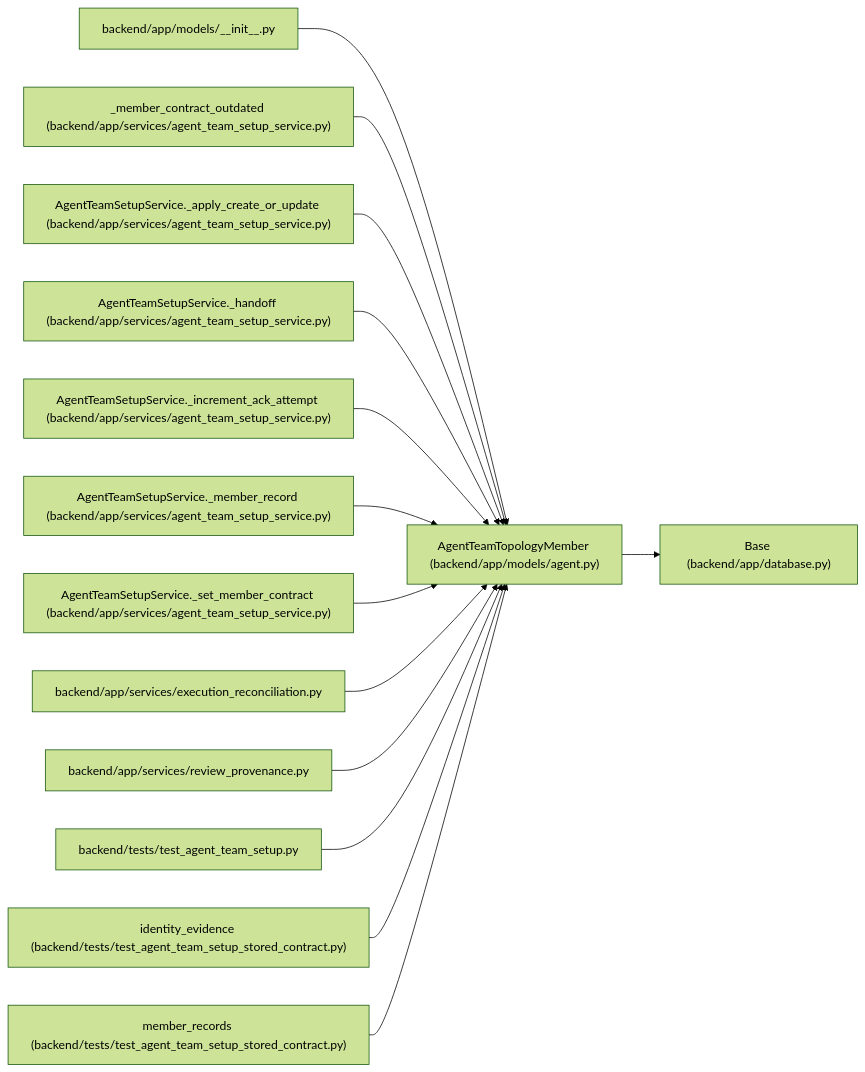
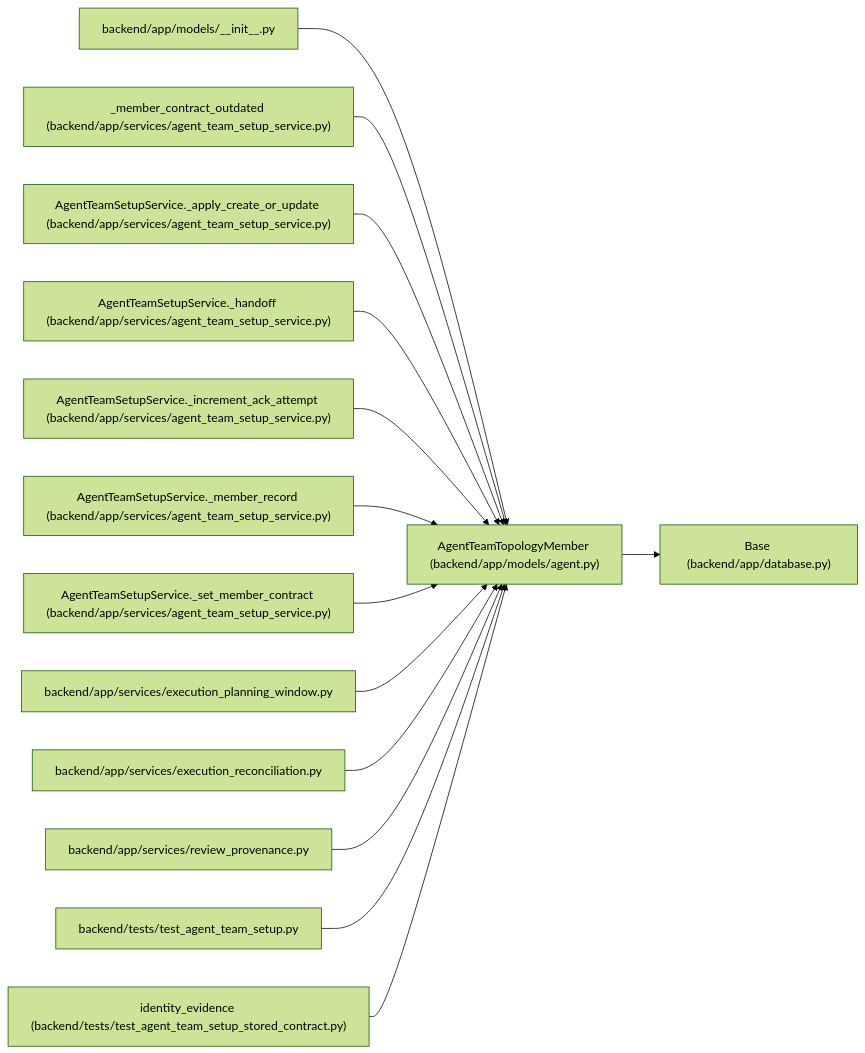
One commit to Denissvgn/WorkChord changed the diagram in docs/llm_wiki/entities/AgentTeamTopologyMember.md. Above: the diagram before and after it, drawn with Mermaid (forest theme). The commit also changed other lines of this file and 868 other files, not shown here.

Commit message:
Document authenticated planning-window recovery and retained worker evidence

````diff
--- a/docs/llm_wiki/entities/AgentTeamTopologyMember.md
+++ b/docs/llm_wiki/entities/AgentTeamTopologyMember.md
@@ -56,44 +56,44 @@
 ```mermaid
 flowchart LR
     n0["AgentTeamTopologyMember (backend/app/models/agent.py)"]
     n1["Base (backend/app/database.py)"]
     n2["backend/app/models/__init__.py"]
     n3["_member_contract_outdated (backend/app/services/agent_team_setup_service.py)"]
     n4["AgentTeamSetupService._apply_create_or_update (backend/app/services/agent_team_setup_service.py)"]
     n5["AgentTeamSetupService._handoff (backend/app/services/agent_team_setup_service.py)"]
     n6["AgentTeamSetupService._increment_ack_attempt (backend/app/services/agent_team_setup_service.py)"]
     n7["AgentTeamSetupService._member_record (backend/app/services/agent_team_setup_service.py)"]
     n8["AgentTeamSetupService._set_member_contract (backend/app/services/agent_team_setup_service.py)"]
-    n9["backend/app/services/execution_reconciliation.py"]
-    n10["backend/app/services/review_provenance.py"]
-    n11["backend/tests/test_agent_team_setup.py"]
-    n12["identity_evidence (backend/tests/test_agent_team_setup_stored_contract.py)"]
-    n13["member_records (backend/tests/test_agent_team_setup_stored_contract.py)"]
+    n9["backend/app/services/execution_planning_window.py"]
+    n10["backend/app/services/execution_reconciliation.py"]
+    n11["backend/app/services/review_provenance.py"]
+    n12["backend/tests/test_agent_team_setup.py"]
+    n13["identity_evidence (backend/tests/test_agent_team_setup_stored_contract.py)"]
     n0 --> n1
     n2 --> n0
     n3 --> n0
     n4 --> n0
     n5 --> n0
     n6 --> n0
     n7 --> n0
     n8 --> n0
     n9 --> n0
     n10 --> n0
     n11 --> n0
     n12 --> n0
     n13 --> n0
     click n0 "../modules/models_agent.md"
     click n1 "../modules/app_database.md"
     click n2 "../modules/models___init__.md"
     click n3 "../modules/agent_team_setup_service.md"
     click n4 "../modules/agent_team_setup_service.md"
     click n5 "../modules/agent_team_setup_service.md"
     click n6 "../modules/agent_team_setup_service.md"
     click n7 "../modules/agent_team_setup_service.md"
     click n8 "../modules/agent_team_setup_service.md"
-    click n9 "../modules/execution_reconciliation.md"
-    click n10 "../modules/review_provenance.md"
-    click n11 "../modules/test_agent_team_setup.md"
-    click n12 "../modules/test_agent_team_setup_stored_contract.md"
+    click n9 "../modules/execution_planning_window.md"
+    click n10 "../modules/execution_reconciliation.md"
+    click n11 "../modules/review_provenance.md"
+    click n12 "../modules/test_agent_team_setup.md"
     click n13 "../modules/test_agent_team_setup_stored_contract.md"
 ```
````
